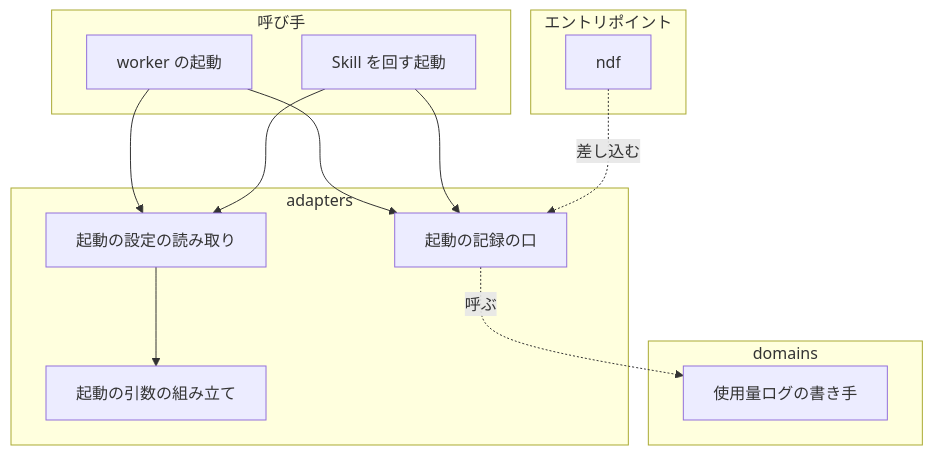
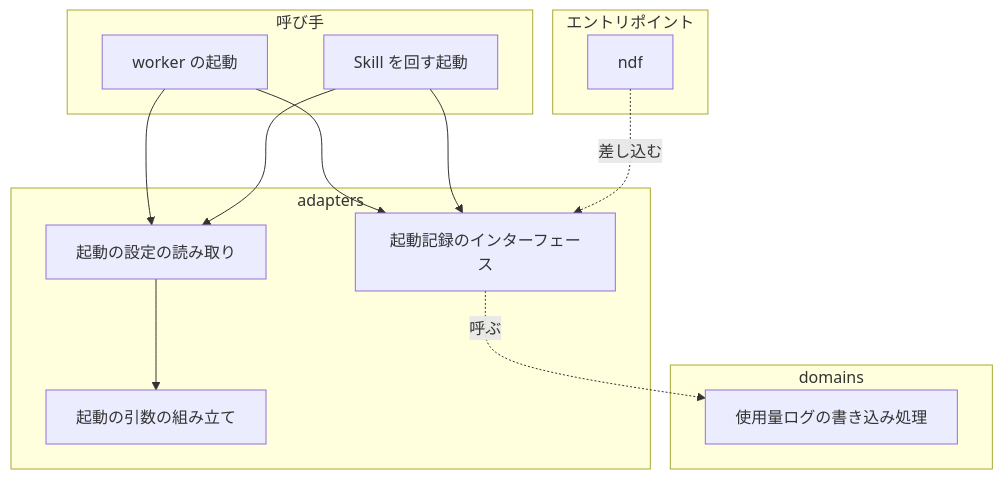
The third of 4 diagrams in issues/issue-1959-design.md (devbasex/ai-plugins), drawn with Mermaid before and after one commit. The commit also changed other lines of this file and 1 other file, not shown here.

````diff
--- a/issues/issue-1959-design.md
+++ b/issues/issue-1959-design.md
@@ -141,22 +141,22 @@
 ```mermaid
 graph TD
     subgraph エントリポイント
         E[ndf]
     end
     subgraph 呼び手
         W[worker の起動]
         S[Skill を回す起動]
     end
     subgraph adapters
         G[起動の設定の読み取り]
         A[起動の引数の組み立て]
-        K[起動の記録の口]
+        K[起動記録のインターフェース]
     end
     subgraph domains
-        U[使用量ログの書き手]
+        U[使用量ログの書き込み処理]
     end
     W & S --> G --> A
     W & S --> K
     E -. 差し込む .-> K
     K -. 呼ぶ .-> U
 ```
````
